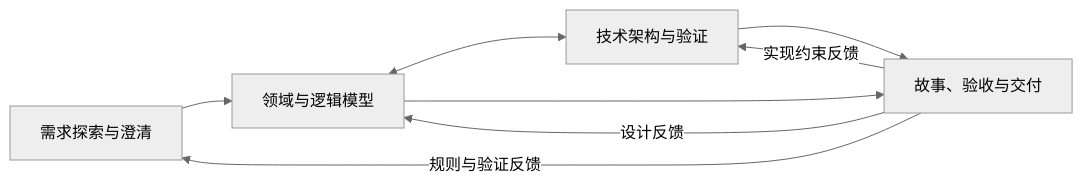
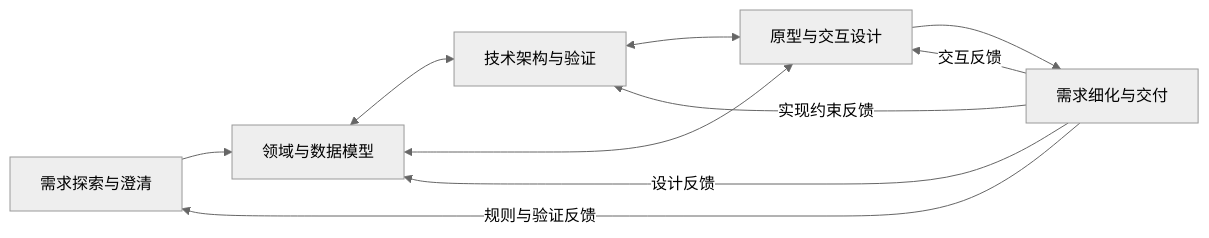
Before and after one commit to FarmerLi/project-design-skill: the diagram in README.md, drawn with Mermaid (neutral theme). The commit also changed other lines of this file and 24 other files, not shown here.

````diff
--- a/README.md
+++ b/README.md
@@ -9,10 +9,12 @@
 ```mermaid
 flowchart LR
-  N["需求探索与澄清"] --> M["领域与逻辑模型"]
+  N["需求探索与澄清"] --> M["领域与数据模型"]
   M <--> A["技术架构与验证"]
-  M --> D["故事、验收与交付"]
-  A --> D
+  M <--> I["原型与交互设计"]
+  A <--> I
+  I --> D["需求细化与交付"]
   D -->|规则与验证反馈| N
   D -->|设计反馈| M
   D -->|实现约束反馈| A
+  D -->|交互反馈| I
 ```
````
